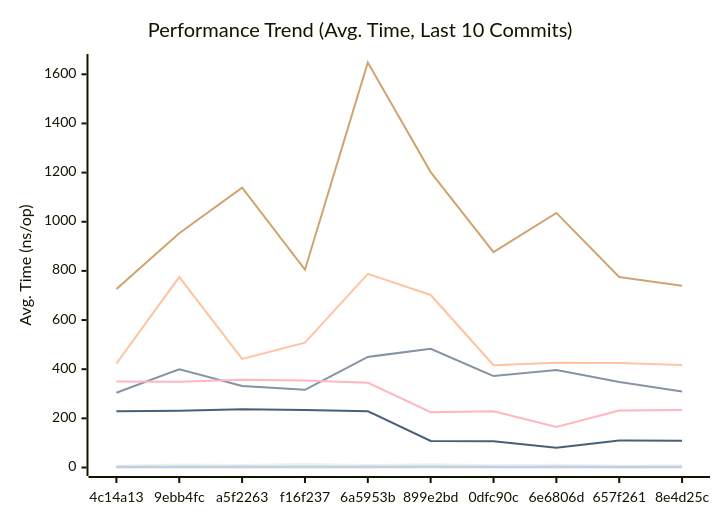
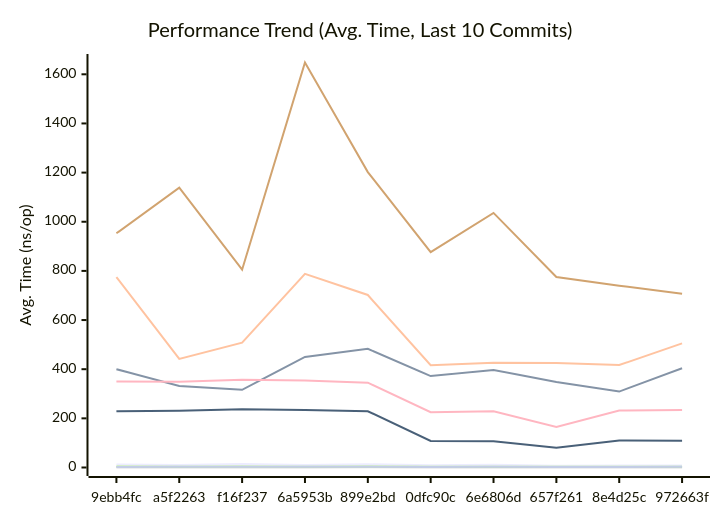
The first of 3 diagrams in docs/PERFORMANCE.md (alsotoes/momo), drawn with Mermaid before and after one commit. The commit also changed other lines of this file and 2 other files, not shown here.

````diff
--- a/docs/PERFORMANCE.md
+++ b/docs/PERFORMANCE.md
@@ -80,16 +80,16 @@
 ```mermaid
 xychart-beta
     title "Performance Trend (Avg. Time, Last 10 Commits)"
     x-axis "Commit"
     y-axis "Avg. Time (ns/op)"
-    x-axis [4c14a13,9ebb4fc,a5f2263,f16f237,6a5953b,899e2bd,0dfc90c,6e6806d,657f261,8e4d25c]
-    line "CheckMetricsAndSwap" [7,12,10,14,10,13,9,11,7,8]
-    line "CrushOptimized" [304,400,332,316,450,483,372,397,348,309]
-    line "CrushOriginal" [423,775,442,508,788,702,416,426,425,417]
-    line "IndexDirectTracking" [0,0,0,0,0,1,0,0,0,0]
-    line "IndexSearch" [3,4,3,4,3,4,3,3,3,3]
-    line "LoadGlobalConfig" [726,953,1139,805,1648,1202,876,1036,775,740]
-    line "PadString" [2,2,3,3,3,3,2,3,2,2]
+    x-axis [9ebb4fc,a5f2263,f16f237,6a5953b,899e2bd,0dfc90c,6e6806d,657f261,8e4d25c,972663f]
+    line "CheckMetricsAndSwap" [12,10,14,10,13,9,11,7,8,8]
+    line "CrushOptimized" [400,332,316,450,483,372,397,348,309,404]
+    line "CrushOriginal" [775,442,508,788,702,416,426,425,417,505]
+    line "IndexDirectTracking" [0,0,0,0,1,0,0,0,0,0]
+    line "IndexSearch" [4,3,4,3,4,3,3,3,3,3]
+    line "LoadGlobalConfig" [953,1139,805,1648,1202,876,1036,775,740,707]
+    line "PadString" [2,3,3,3,3,2,3,2,2,3]
     line "ParseReplicationOrder_NoPrealloc" [350,349,357,354,345,225,229,165,232,234]
     line "ParseReplicationOrder_Prealloc" [229,231,237,234,229,108,107,80,110,109]
 ```
````
